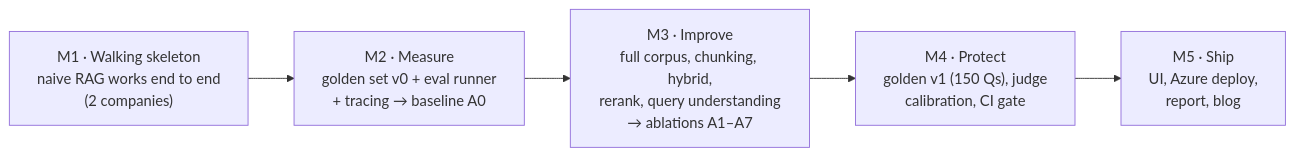
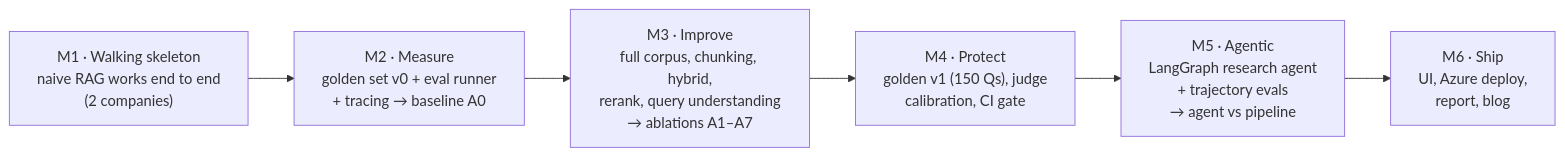
One commit to pRiMeXoMeGa/AI-Learning-Projects changed the first of 4 diagrams in projects/01-rag-eval-lab/docs/08-build-plan/README.md. Above: the diagram before and after it, drawn with Mermaid. The commit also changed other lines of this file and 23 other files, not shown here.

````diff
--- a/projects/01-rag-eval-lab/docs/08-build-plan/README.md
+++ b/projects/01-rag-eval-lab/docs/08-build-plan/README.md
@@ -8,9 +8,10 @@
 ```mermaid
 flowchart LR
     M1["M1 · Walking skeleton<br/>naive RAG works end to end<br/>(2 companies)"]
     M2["M2 · Measure<br/>golden set v0 + eval runner<br/>+ tracing → baseline A0"]
     M3["M3 · Improve<br/>full corpus, chunking, hybrid,<br/>rerank, query understanding<br/>→ ablations A1–A7"]
     M4["M4 · Protect<br/>golden v1 (150 Qs), judge<br/>calibration, CI gate"]
-    M5["M5 · Ship<br/>UI, Azure deploy,<br/>report, blog"]
-    M1 --> M2 --> M3 --> M4 --> M5
+    M5["M5 · Agentic<br/>LangGraph research agent<br/>+ trajectory evals<br/>→ agent vs pipeline"]
+    M6["M6 · Ship<br/>UI, Azure deploy,<br/>report, blog"]
+    M1 --> M2 --> M3 --> M4 --> M5 --> M6
 ```
````
